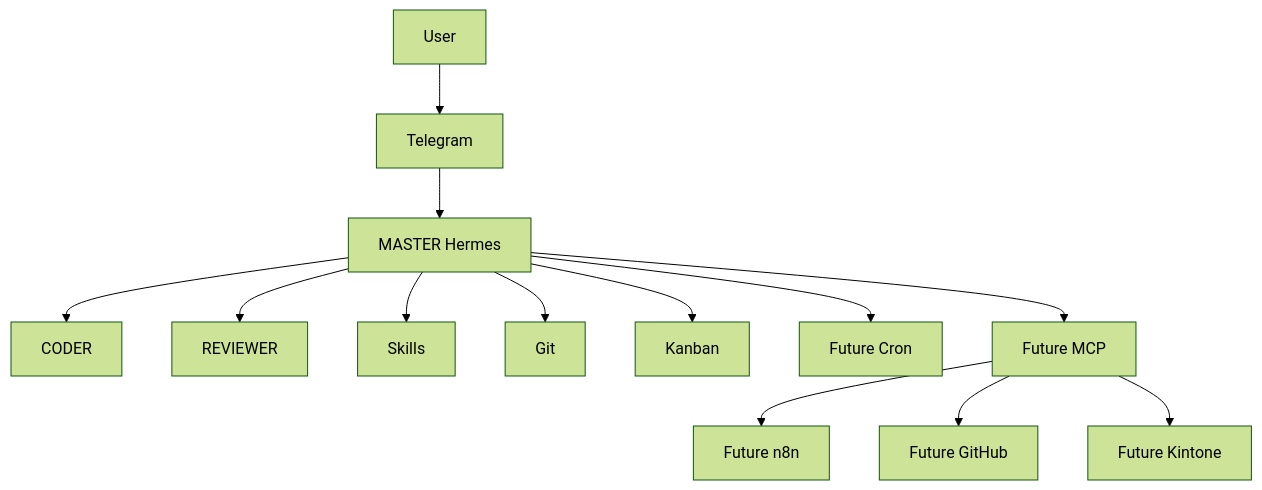
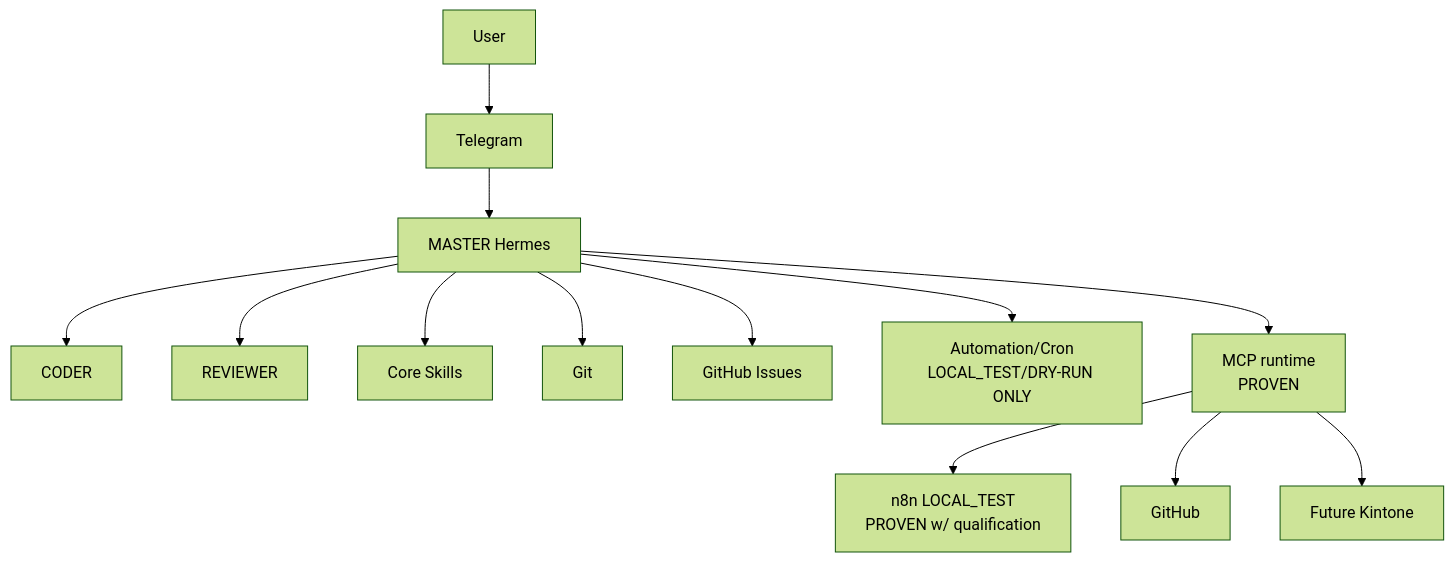
The diagram in project-docs/20_ARCHITECTURE/SYSTEM_ARCHITECTURE.md (rebootob/Orbis-AI), drawn with Mermaid (forest theme) before and after one commit. The commit also changed other lines of this file and 5 other files, not shown here.

````diff
--- a/project-docs/20_ARCHITECTURE/SYSTEM_ARCHITECTURE.md
+++ b/project-docs/20_ARCHITECTURE/SYSTEM_ARCHITECTURE.md
@@ -5,15 +5,15 @@
 ```mermaid
 flowchart TB
   User --> Telegram
   Telegram --> Master[MASTER Hermes]
   Master --> Coder[CODER]
   Master --> Reviewer[REVIEWER]
-  Master --> Skills
-  Master --> Git
-  Master --> Kanban
-  Master --> Cron[Future Cron]
-  Master --> MCP[Future MCP]
-  MCP --> N8N[Future n8n]
-  MCP --> GitHub[Future GitHub]
+  Master --> Skills[Core Skills]
+  Master --> Git[Git]
+  Master --> Kanban[GitHub Issues]
+  Master --> Cron[Automation/Cron\nLOCAL_TEST/DRY-RUN ONLY]
+  Master --> MCP[MCP runtime\nPROVEN]
+  MCP --> N8N[n8n LOCAL_TEST\nPROVEN w/ qualification]
+  MCP --> GitHub[GitHub]
   MCP --> Kintone[Future Kintone]
 ```
````
